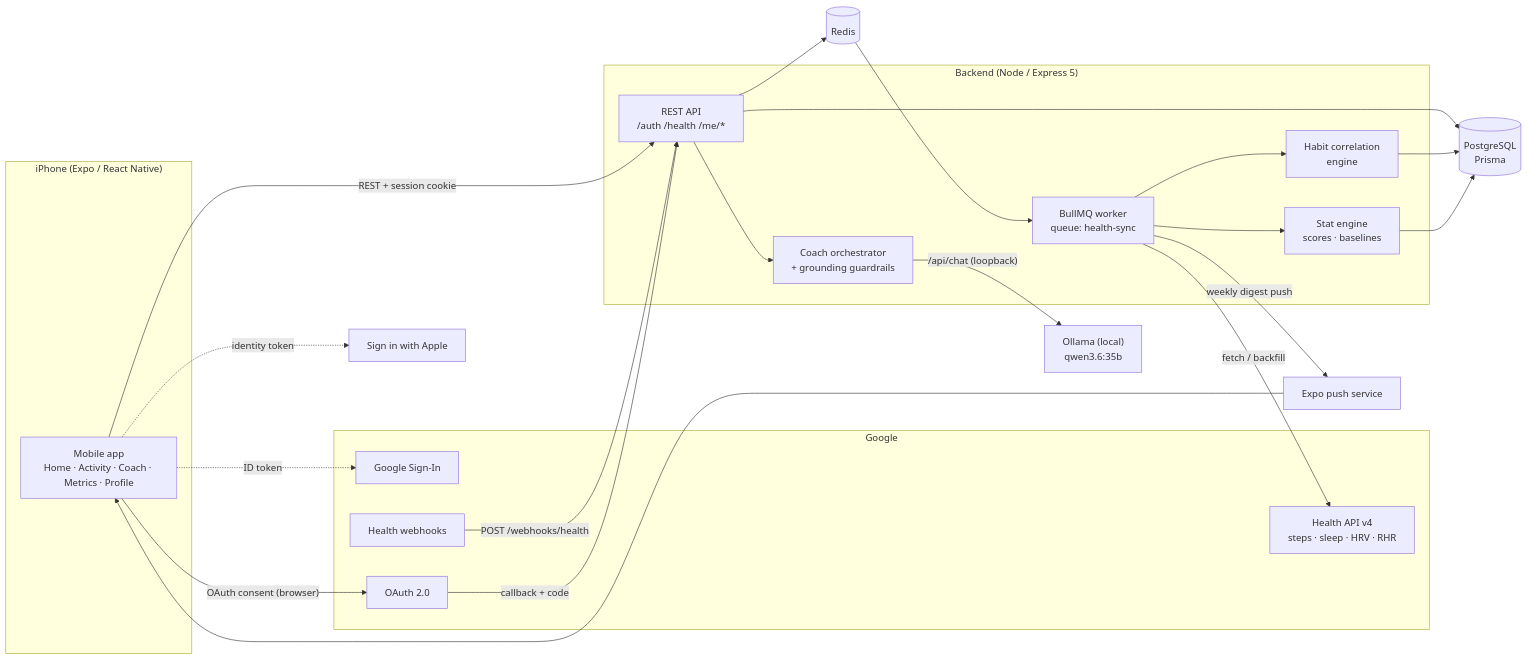
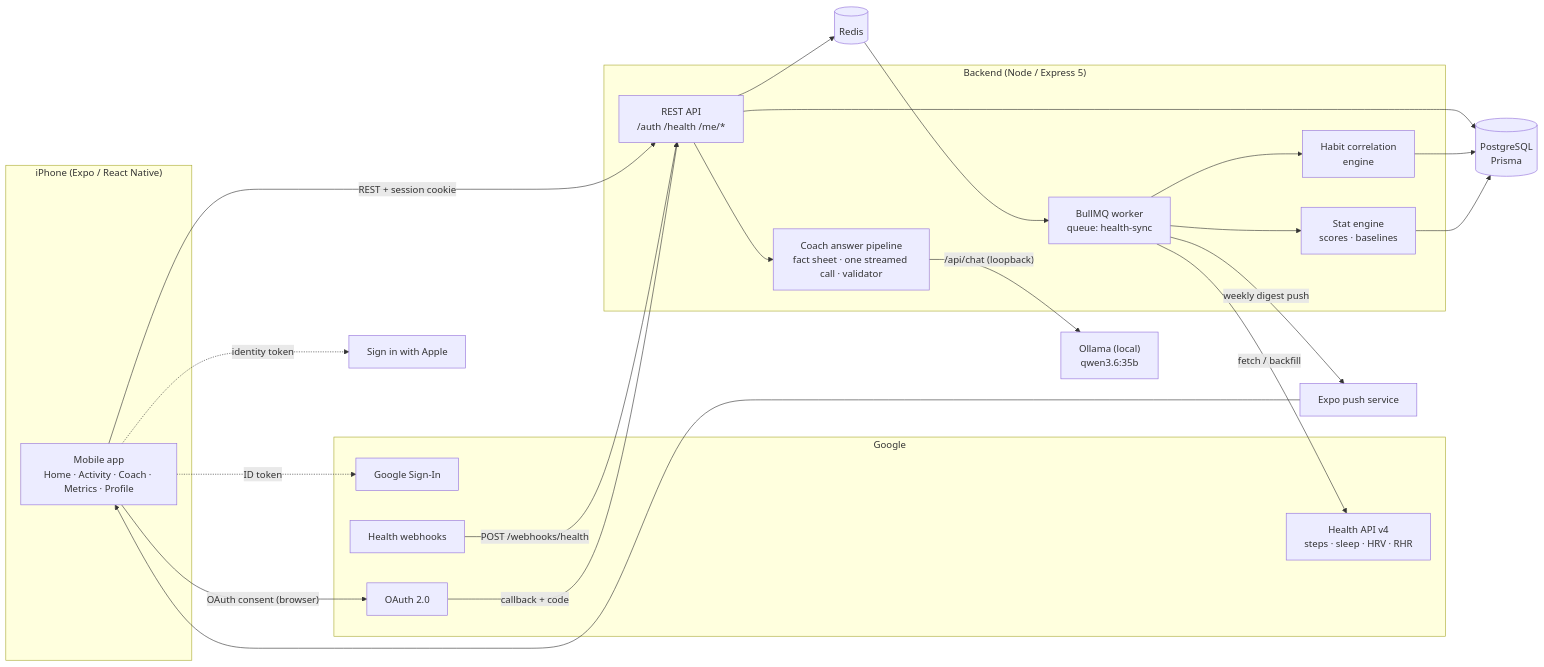
One commit to tusharcora/Biometrics changed the first of 2 diagrams in README.md. Above: the diagram before and after it, drawn with Mermaid. The commit also changed other lines of this file and 1 other file, not shown here.

Commit message:
Document the redesigned coach in the README

````diff
--- a/README.md
+++ b/README.md
@@ -69,43 +69,43 @@
 ```mermaid
 flowchart LR
   subgraph Device["iPhone (Expo / React Native)"]
     App["Mobile app<br/>Home · Activity · Coach · Metrics · Profile"]
   end
 
   subgraph Google["Google"]
     GSI["Google Sign-In"]
     GOA["OAuth 2.0"]
     GHA["Health API v4<br/>steps · sleep · HRV · RHR"]
     GWH["Health webhooks"]
   end
   Apple["Sign in with Apple"]
   Expo["Expo push service"]
 
   subgraph Server["Backend (Node / Express 5)"]
     API["REST API<br/>/auth /health /me/*"]
     W["BullMQ worker<br/>queue: health-sync"]
     SE["Stat engine<br/>scores · baselines"]
     HC["Habit correlation<br/>engine"]
-    CO["Coach orchestrator<br/>+ grounding guardrails"]
+    CO["Coach answer pipeline<br/>fact sheet · one streamed call · validator"]
   end
 
   PG[("PostgreSQL<br/>Prisma")]
   RD[("Redis")]
   OL["Ollama (local)<br/>qwen3.6:35b"]
 
   App -- "REST + session cookie" --> API
   App -. "ID token" .-> GSI
   App -. "identity token" .-> Apple
   App -- "OAuth consent (browser)" --> GOA
   GOA -- "callback + code" --> API
   GWH -- "POST /webhooks/health" --> API
   API --> RD
   RD --> W
   W -- "fetch / backfill" --> GHA
   W --> SE --> PG
   W --> HC --> PG
   API --> PG
   CO -- "/api/chat (loopback)" --> OL
   API --> CO
   W -- "weekly digest push" --> Expo --> App
 ```
````
